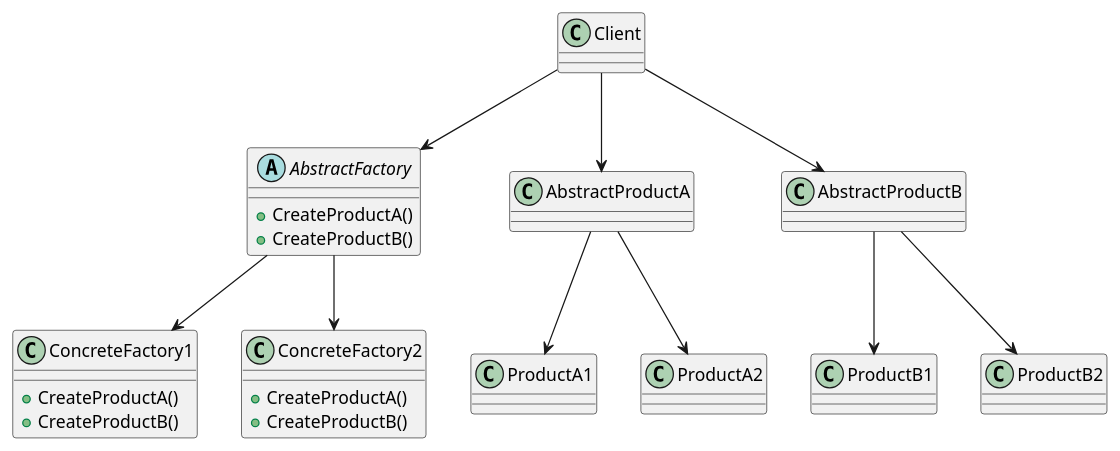
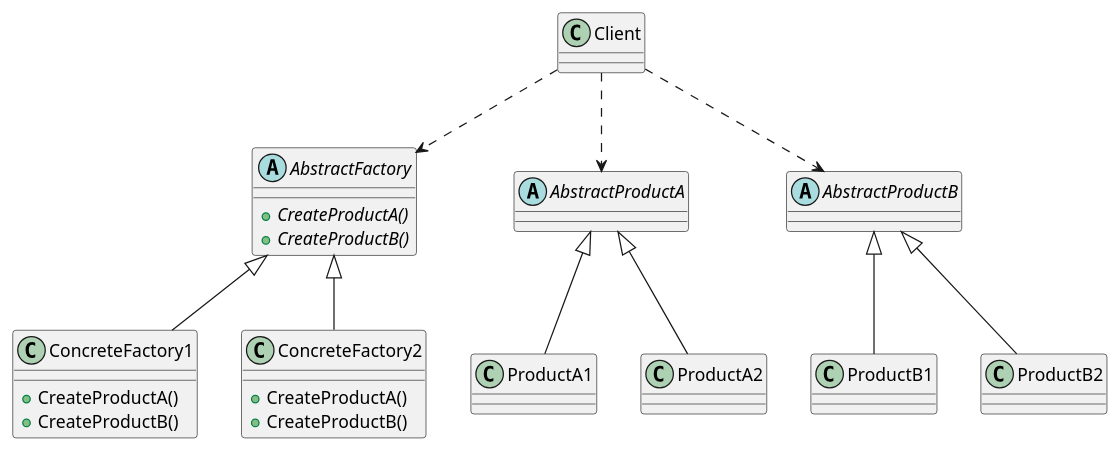
Before and after one commit to leandro-costa/blog-material-aula-template: the second of 3 diagrams in posts/06_Abstract_Factory.md, drawn with PlantUML. The commit also changed other lines of this file, not shown here.

Commit message:
Abstarct Factory - Terceira Alteração

````diff
--- a/posts/06_Abstract_Factory.md
+++ b/posts/06_Abstract_Factory.md
@@ -86,37 +88,36 @@
 ```plantuml
 @startuml _02
 abstract class AbstractFactory{
+
+    +{abstract}CreateProductA()
+    +{abstract}CreateProductB()
+}
+
+class ConcreteFactory1 extends AbstractFactory{
 
     +CreateProductA()
     +CreateProductB()
 }
 
-class ConcreteFactory1{
+class ConcreteFactory2 extends AbstractFactory{
 
     +CreateProductA()
     +CreateProductB()
 }
 
-class ConcreteFactory2{
+Client ..> AbstractFactory
+Client ..> AbstractProductA
+Client ..> AbstractProductB
 
-    +CreateProductA()
-    +CreateProductB()
-}
+abstract class AbstractProductA
+class ProductA1 extends AbstractProductA
+class ProductA2 extends AbstractProductA
 
-AbstractFactory --> ConcreteFactory1
-AbstractFactory --> ConcreteFactory2
+abstract class AbstractProductB
+class ProductB1 extends AbstractProductB
+class ProductB2 extends AbstractProductB
 
-
-Client --> AbstractFactory
-Client --> AbstractProductA
-Client --> AbstractProductB
-
-AbstractProductA --> ProductA1
-AbstractProductA --> ProductA2
-
-AbstractProductB --> ProductB1
-AbstractProductB --> ProductB2
 
 @enduml
 
 ```
````
